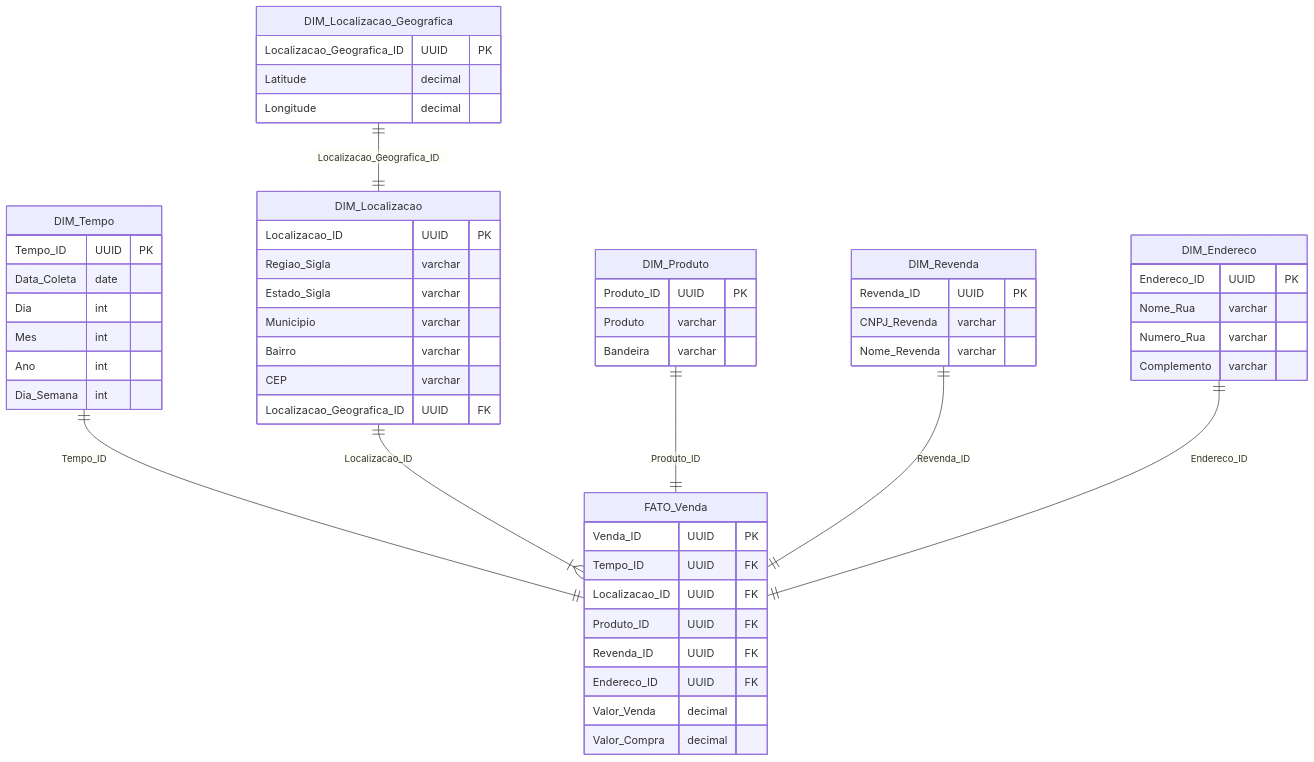
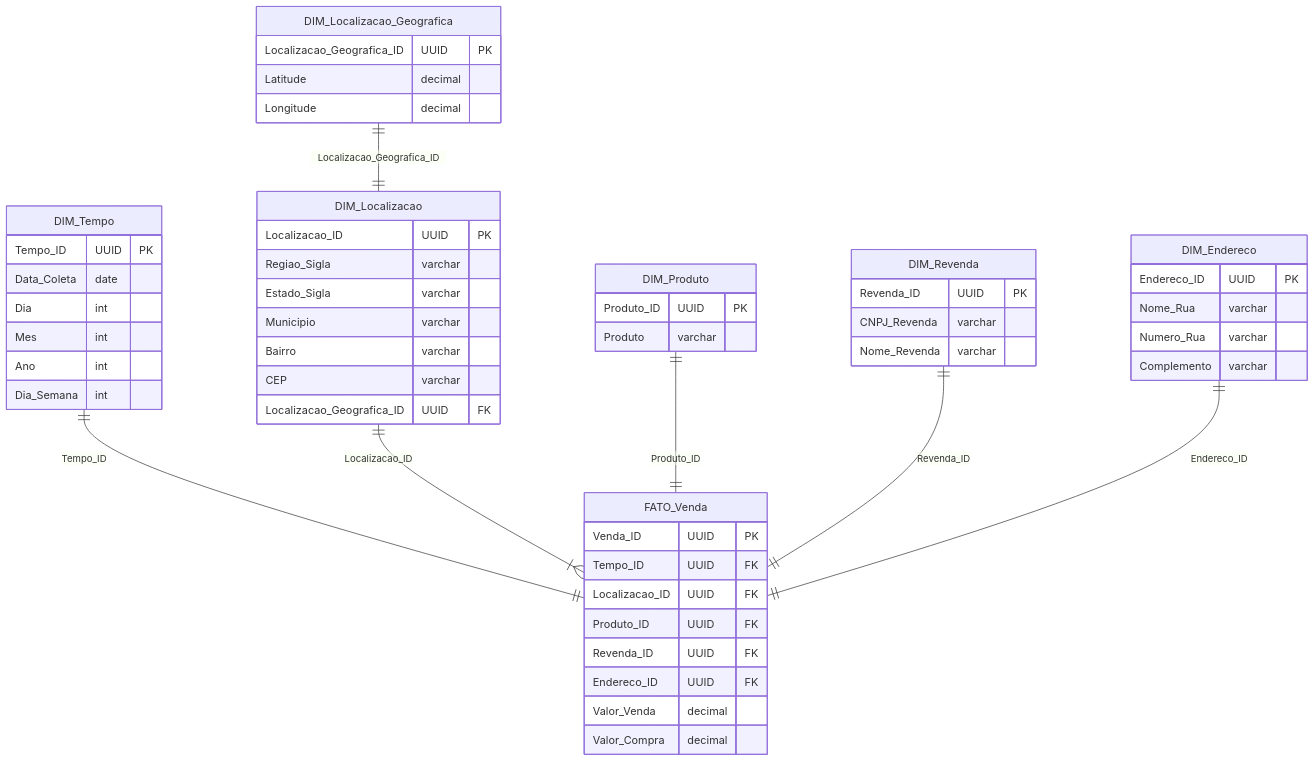
Before and after one commit to rafacandido7/br-fuel-analysis: the diagram in README.mkd, drawn with Mermaid. The commit also changed other lines of this file and 6 other files, not shown here.

````diff
--- a/README.mkd
+++ b/README.mkd
@@ -81,58 +81,57 @@
 ```mermaid
 erDiagram
     DIM_Tempo {
         Tempo_ID UUID PK
         Data_Coleta date
         Dia int
         Mes int
         Ano int
         Dia_Semana int
     }
     DIM_Localizacao {
         Localizacao_ID UUID PK
         Regiao_Sigla varchar
         Estado_Sigla varchar
         Municipio varchar
         Bairro varchar
         CEP varchar
         Localizacao_Geografica_ID UUID FK
     }
     DIM_Localizacao_Geografica {
         Localizacao_Geografica_ID UUID PK
         Latitude decimal
         Longitude decimal
     }
     DIM_Produto {
         Produto_ID UUID PK
         Produto varchar
-        Bandeira varchar
     }
     DIM_Revenda {
         Revenda_ID UUID PK
         CNPJ_Revenda varchar
         Nome_Revenda varchar
     }
     DIM_Endereco {
         Endereco_ID UUID PK
         Nome_Rua varchar
         Numero_Rua varchar
         Complemento varchar
     }
     FATO_Venda {
         Venda_ID UUID PK
         Tempo_ID UUID FK
         Localizacao_ID UUID FK
         Produto_ID UUID FK
         Revenda_ID UUID FK
         Endereco_ID UUID FK
         Valor_Venda decimal
         Valor_Compra decimal
     }
 
     DIM_Tempo ||--|| FATO_Venda : Tempo_ID
     DIM_Localizacao ||--|{ FATO_Venda : Localizacao_ID
     DIM_Localizacao_Geografica ||--|| DIM_Localizacao : Localizacao_Geografica_ID
     DIM_Produto ||--|| FATO_Venda : Produto_ID
     DIM_Revenda ||--|| FATO_Venda : Revenda_ID
     DIM_Endereco ||--|| FATO_Venda : Endereco_ID
 ```
````
